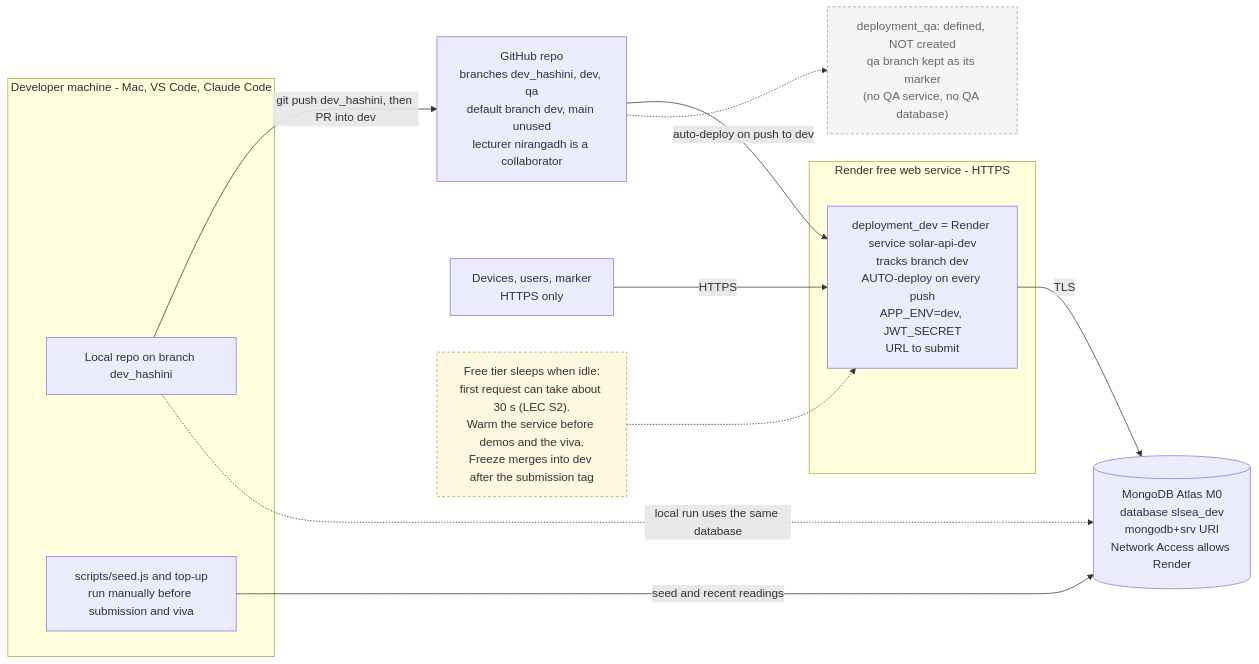
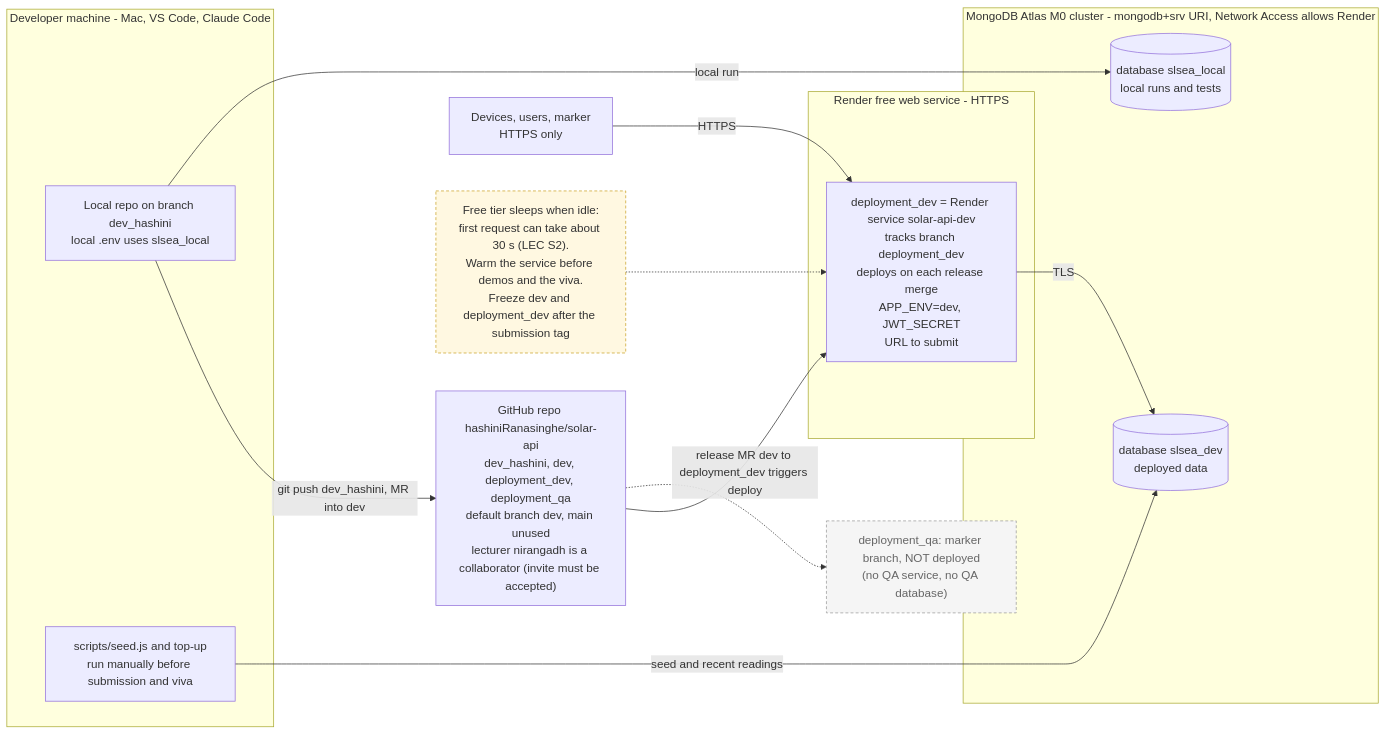
The diagram in docs/docs/design/diagrams/08-deployment.mmd (hashiniRanasinghe/solar-api), drawn with Mermaid before and after one commit. The commit also changed 7 other files, not shown here.

First line of the commit message:
docs: update STUDENT_PLAYBOOK.md with new deployment process and branch structure

```diff
--- a/docs/docs/design/diagrams/08-deployment.mmd
+++ b/docs/docs/design/diagrams/08-deployment.mmd
@@ -1,37 +1,41 @@
-%% 08-deployment.mmd - Deployment architecture (one environment: Dev, from branch dev)
+%% 08-deployment.mmd - Deployment architecture (one deployment, from branch deployment_dev)
 %% Basis: BRIEF §7 (public HTTPS API, live Swagger, shared repo), §12 (deployed at submission); LEC S2 (Render, PORT, free-tier sleep); PLAN §5, §12
-%% DECIDED (YOU): branches dev_hashini and dev; qa branch kept but NOT deployed; main never used; the only deployment is Dev, from dev.
-%% Network rule, env var names and top-up script are PROPOSALS. Secret values are never shown or committed.
+%% DECIDED (YOU): branches dev_hashini -> dev -> deployment_dev; deployment_qa is a marker, NEVER deployed; main never used;
+%% the only deployment is Render tracking deployment_dev, and it is the submitted URL.
+%% PROPOSALS: default GitHub branch dev, local database slsea_local, network rule, env var names, top-up script. Secret values are never shown.
 flowchart LR
   subgraph DEVBOX["Developer machine - Mac, VS Code, Claude Code"]
-    CODE["Local repo on branch dev_hashini"]
+    CODE["Local repo on branch dev_hashini<br/>local .env uses slsea_local"]
     SEEDJOB["scripts/seed.js and top-up<br/>run manually before submission and viva"]
   end
 
-  GH["GitHub repo<br/>branches dev_hashini, dev, qa<br/>default branch dev, main unused<br/>lecturer nirangadh is a collaborator"]
+  GH["GitHub repo hashiniRanasinghe/solar-api<br/>dev_hashini, dev, deployment_dev, deployment_qa<br/>default branch dev, main unused<br/>lecturer nirangadh is a collaborator (invite must be accepted)"]
 
   subgraph RD["Render free web service - HTTPS"]
-    DAPP["deployment_dev = Render service solar-api-dev<br/>tracks branch dev<br/>AUTO-deploy on every push<br/>APP_ENV=dev, JWT_SECRET<br/>URL to submit"]
+    DAPP["deployment_dev = Render service solar-api-dev<br/>tracks branch deployment_dev<br/>deploys on each release merge<br/>APP_ENV=dev, JWT_SECRET<br/>URL to submit"]
   end
 
-  ATLAS[("MongoDB Atlas M0<br/>database slsea_dev<br/>mongodb+srv URI<br/>Network Access allows Render")]
+  subgraph ATLAS["MongoDB Atlas M0 cluster - mongodb+srv URI, Network Access allows Render"]
+    DDB[("database slsea_dev<br/>deployed data")]
+    LDB[("database slsea_local<br/>local runs and tests")]
+  end
 
   CLIENTS["Devices, users, marker<br/>HTTPS only"]
 
-  CODE -- "git push dev_hashini, then PR into dev" --> GH
-  GH -- "auto-deploy on push to dev" --> DAPP
-  DAPP -- "TLS" --> ATLAS
-  SEEDJOB -- "seed and recent readings" --> ATLAS
+  CODE -- "git push dev_hashini, MR into dev" --> GH
+  GH -- "release MR dev to deployment_dev triggers deploy" --> DAPP
+  DAPP -- "TLS" --> DDB
+  SEEDJOB -- "seed and recent readings" --> DDB
+  CODE -- "local run" --> LDB
   CLIENTS -- "HTTPS" --> DAPP
-  CODE -. "local run uses the same database" .-> ATLAS
 
-  NOQA["deployment_qa: defined, NOT created<br/>qa branch kept as its marker<br/>(no QA service, no QA database)"]
+  NOQA["deployment_qa: marker branch, NOT deployed<br/>(no QA service, no QA database)"]
   GH -.-> NOQA
 
-  NOTE["Free tier sleeps when idle:<br/>first request can take about 30 s (LEC S2).<br/>Warm the service before demos and the viva.<br/>Freeze merges into dev after the submission tag"]
+  NOTE["Free tier sleeps when idle:<br/>first request can take about 30 s (LEC S2).<br/>Warm the service before demos and the viva.<br/>Freeze dev and deployment_dev after the submission tag"]
   NOTE -.-> DAPP
 
   classDef note fill:#fff8e1,stroke:#c9a227,stroke-dasharray:4 3
   classDef unused fill:#f5f5f5,stroke:#999,stroke-dasharray:4 3,color:#666
   class NOTE note
   class NOQA unused
```
